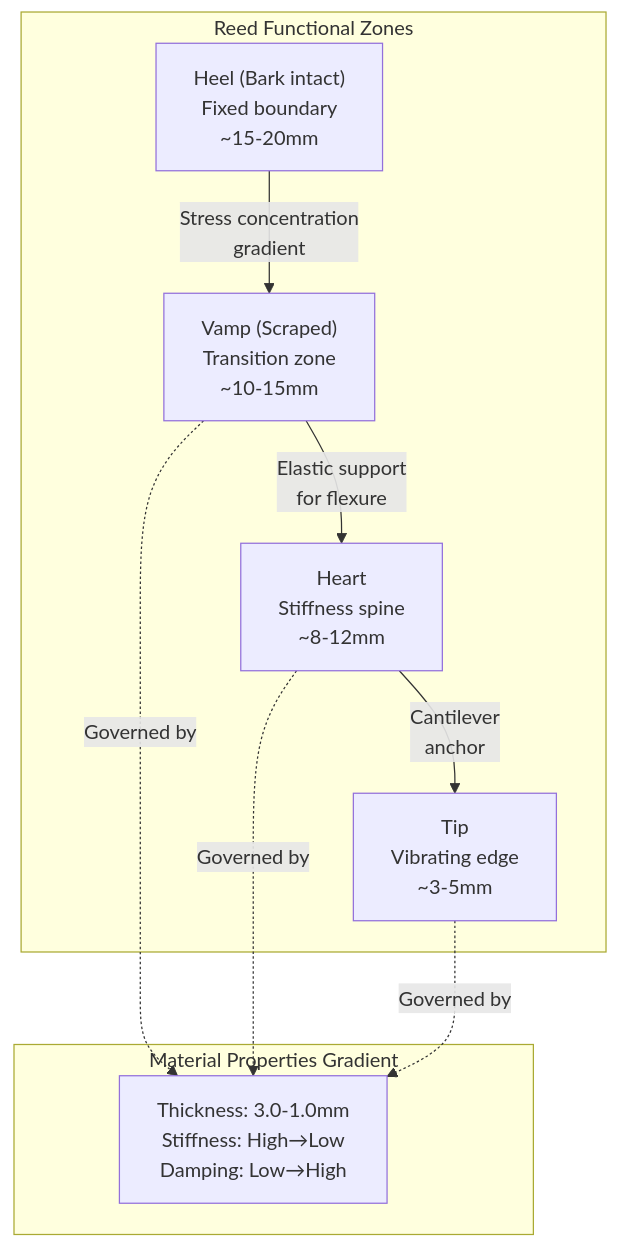
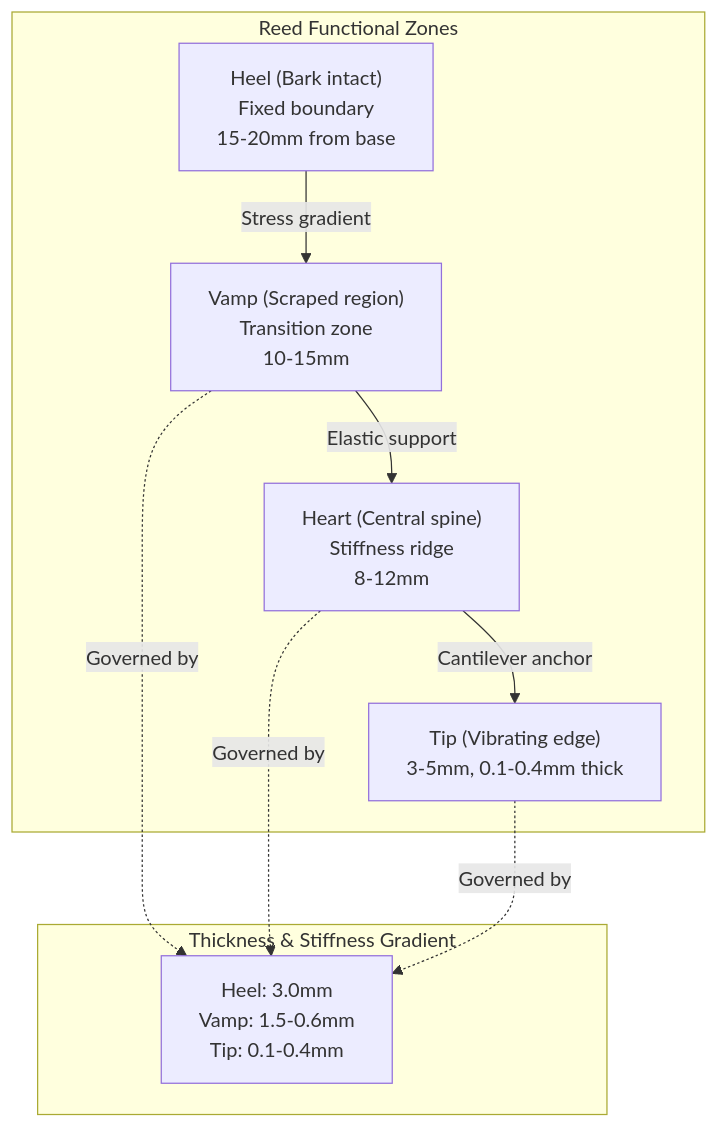
The first of 4 diagrams in topics/arts/music_performance/woodwinds/lesson_02_reed_care_and_maintenance.md (blebleblee/synapse), drawn with Mermaid before and after one commit. The commit also changed other lines of this file and 4 other files, not shown here.

````diff
--- a/topics/arts/music_performance/woodwinds/lesson_02_reed_care_and_maintenance.md
+++ b/topics/arts/music_performance/woodwinds/lesson_02_reed_care_and_maintenance.md
@@ -53,21 +30,21 @@
 ```mermaid
 graph TB
-    subgraph sub_reed_functional_zones ["Reed Functional Zones"]
-        A["Heel (Bark intact)<br/>Fixed boundary<br/>~15-20mm"]
-        B["Vamp (Scraped)<br/>Transition zone<br/>~10-15mm"]
-        C["Heart<br/>Stiffness spine<br/>~8-12mm"]
-        D["Tip<br/>Vibrating edge<br/>~3-5mm"]
+    subgraph sub_reed_zones ["Reed Functional Zones"]
+        A["Heel (Bark intact)<br/>Fixed boundary<br/>15-20mm from base"]
+        B["Vamp (Scraped region)<br/>Transition zone<br/>10-15mm"]
+        C["Heart (Central spine)<br/>Stiffness ridge<br/>8-12mm"]
+        D["Tip (Vibrating edge)<br/>3-5mm, 0.1-0.4mm thick"]
     end
     
-    A -->|"Stress concentration<br/>gradient"| B
-    B -->|"Elastic support<br/>for flexure"| C
-    C -->|"Cantilever<br/>anchor"| D
+    A -->|"Stress gradient"| B
+    B -->|"Elastic support"| C
+    C -->|"Cantilever anchor"| D
     
-    subgraph sub_material_properties_gradient ["Material Properties Gradient"]
-        E["Thickness: 3.0-1.0mm<br/>Stiffness: High→Low<br/>Damping: Low→High"]
+    subgraph sub_material_gradient ["Thickness & Stiffness Gradient"]
+        E["Heel: 3.0mm<br/>Vamp: 1.5-0.6mm<br/>Tip: 0.1-0.4mm"]
     end
     
     B -.->|"Governed by"| E
     C -.->|"Governed by"| E
     D -.->|"Governed by"| E
 ```
````
